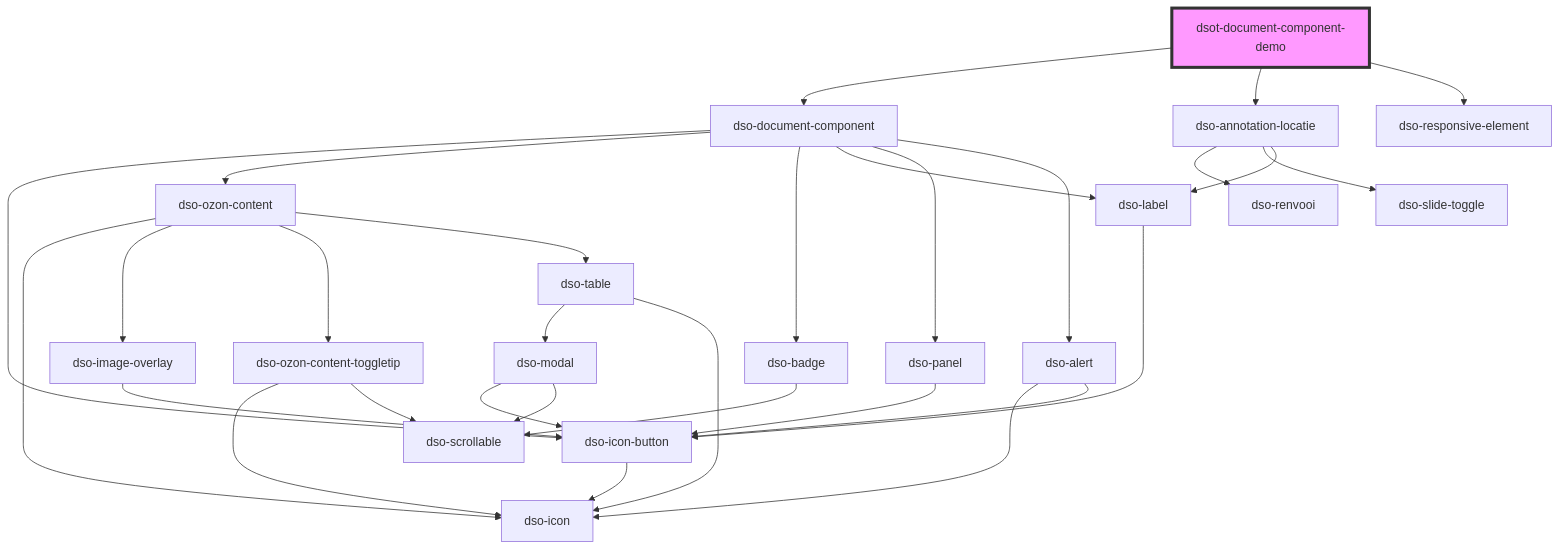
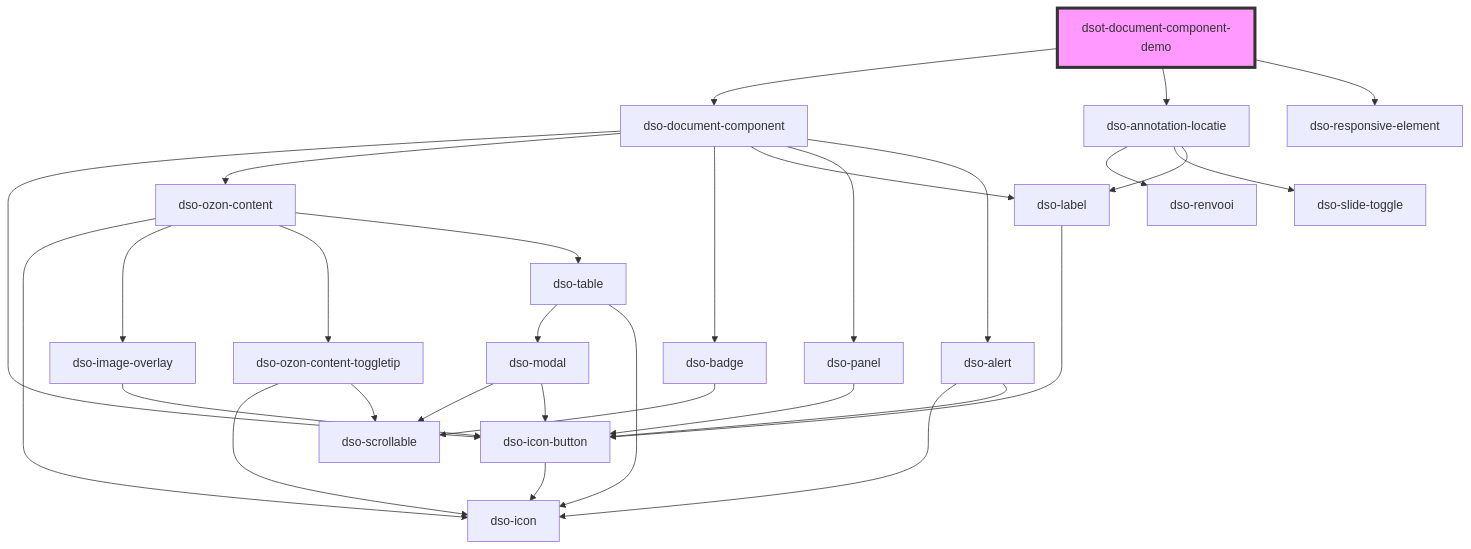
Before and after one commit to dso-toolkit/dso-toolkit: the diagram in packages/core/src/components/document-component-demo/readme.md, drawn with Mermaid. The commit also changed other lines of this file and 14 other files, not shown here.

````diff
--- a/packages/core/src/components/document-component-demo/readme.md
+++ b/packages/core/src/components/document-component-demo/readme.md
@@ -38,33 +38,33 @@
 ```mermaid
 graph TD;
   dsot-document-component-demo --> dso-document-component
   dsot-document-component-demo --> dso-annotation-locatie
   dsot-document-component-demo --> dso-responsive-element
   dso-document-component --> dso-icon-button
   dso-document-component --> dso-ozon-content
   dso-document-component --> dso-badge
   dso-document-component --> dso-label
   dso-document-component --> dso-panel
   dso-document-component --> dso-alert
   dso-icon-button --> dso-icon
   dso-ozon-content --> dso-icon
   dso-ozon-content --> dso-image-overlay
   dso-ozon-content --> dso-ozon-content-toggletip
   dso-ozon-content --> dso-table
   dso-image-overlay --> dso-icon-button
   dso-ozon-content-toggletip --> dso-icon
   dso-ozon-content-toggletip --> dso-scrollable
   dso-table --> dso-modal
   dso-table --> dso-icon
+  dso-modal --> dso-scrollable
   dso-modal --> dso-icon-button
-  dso-modal --> dso-scrollable
   dso-badge --> dso-scrollable
   dso-label --> dso-icon-button
   dso-panel --> dso-icon-button
   dso-alert --> dso-icon
   dso-alert --> dso-icon-button
   dso-annotation-locatie --> dso-renvooi
   dso-annotation-locatie --> dso-slide-toggle
   dso-annotation-locatie --> dso-label
   style dsot-document-component-demo fill:#f9f,stroke:#333,stroke-width:4px
 ```
````
